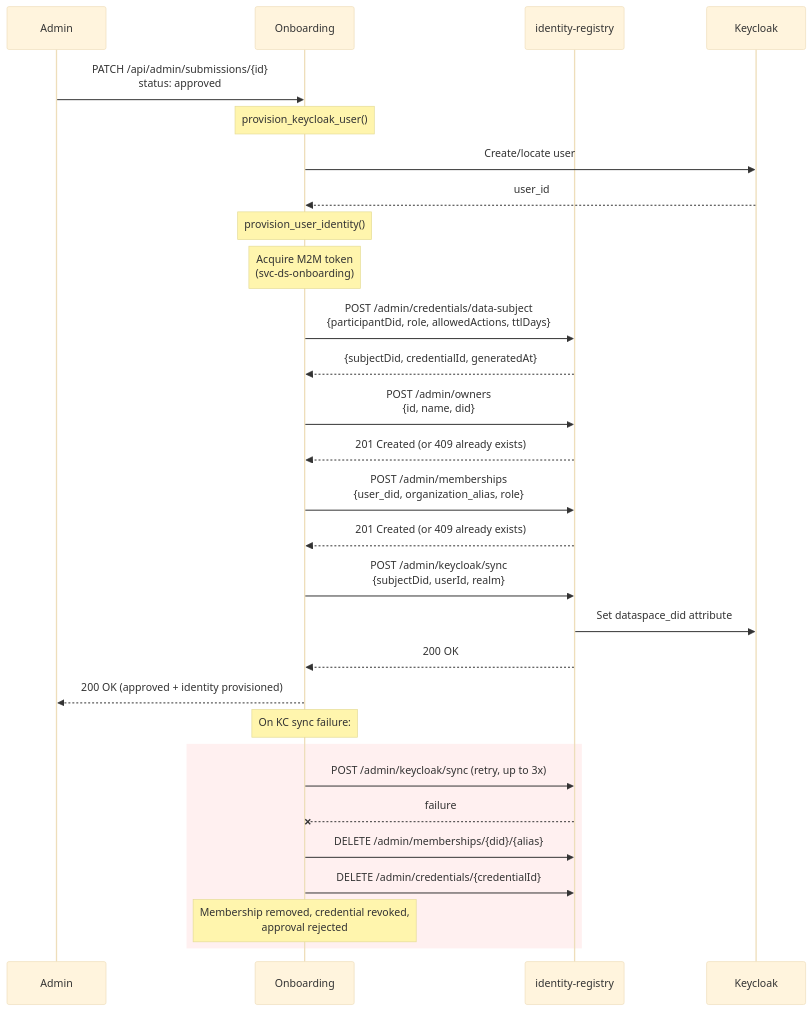
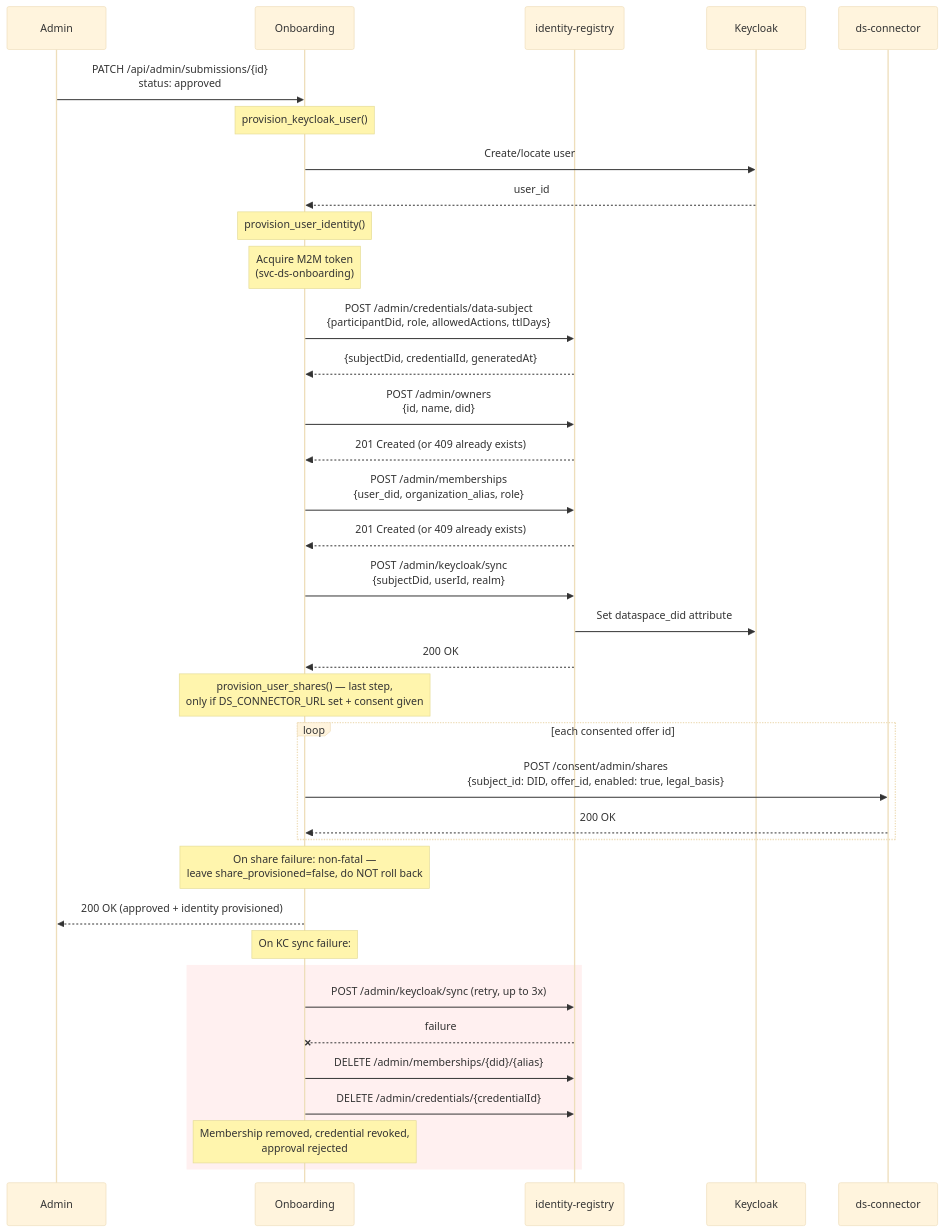
The diagram in docs/dataspace-integration.md (celine-eu/onboarding), drawn with Mermaid (base theme) before and after one commit. The commit also changed other lines of this file and 20 other files, not shown here.

Commit message:
feat: review ds integration for purpose and legal basis sharing

````diff
--- a/docs/dataspace-integration.md
+++ b/docs/dataspace-integration.md
@@ -25,40 +26,48 @@
 ```mermaid
 sequenceDiagram
     participant Admin
     participant Onboarding
     participant IdRegistry as identity-registry
     participant KC as Keycloak
+    participant Connector as ds-connector
 
     Admin->>Onboarding: PATCH /api/admin/submissions/{id}<br/>status: approved
 
     Note over Onboarding: provision_keycloak_user()
     Onboarding->>KC: Create/locate user
     KC-->>Onboarding: user_id
 
     Note over Onboarding: provision_user_identity()
 
     Note over Onboarding: Acquire M2M token<br/>(svc-ds-onboarding)
     Onboarding->>IdRegistry: POST /admin/credentials/data-subject<br/>{participantDid, role, allowedActions, ttlDays}
     IdRegistry-->>Onboarding: {subjectDid, credentialId, generatedAt}
 
     Onboarding->>IdRegistry: POST /admin/owners<br/>{id, name, did}
     IdRegistry-->>Onboarding: 201 Created (or 409 already exists)
 
     Onboarding->>IdRegistry: POST /admin/memberships<br/>{user_did, organization_alias, role}
     IdRegistry-->>Onboarding: 201 Created (or 409 already exists)
 
     Onboarding->>IdRegistry: POST /admin/keycloak/sync<br/>{subjectDid, userId, realm}
     IdRegistry->>KC: Set dataspace_did attribute
     IdRegistry-->>Onboarding: 200 OK
 
+    Note over Onboarding: provision_user_shares() — last step,<br/>only if DS_CONNECTOR_URL set + consent given
+    loop each consented offer id
+        Onboarding->>Connector: POST /consent/admin/shares<br/>{subject_id: DID, offer_id, enabled: true, legal_basis}
+        Connector-->>Onboarding: 200 OK
+    end
+    Note over Onboarding: On share failure: non-fatal —<br/>leave share_provisioned=false, do NOT roll back
+
     Onboarding-->>Admin: 200 OK (approved + identity provisioned)
 
     Note over Onboarding: On KC sync failure:
     rect rgb(255, 240, 240)
         Onboarding->>IdRegistry: POST /admin/keycloak/sync (retry, up to 3x)
         IdRegistry--xOnboarding: failure
         Onboarding->>IdRegistry: DELETE /admin/memberships/{did}/{alias}
         Onboarding->>IdRegistry: DELETE /admin/credentials/{credentialId}
         Note over Onboarding: Membership removed, credential revoked,<br/>approval rejected
     end
 ```
````
